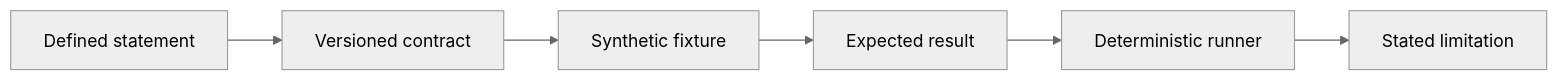
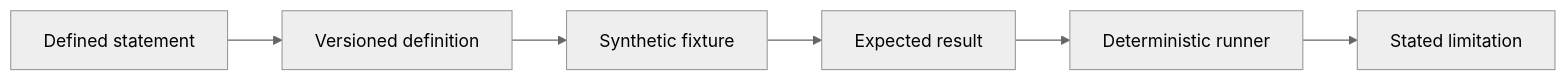
The diagram in research/evidence.mdx (heyrafiki/docs), drawn with Mermaid (neutral theme) before and after one commit. The commit also changed other lines of this file and 8 other files, not shown here.

````diff
--- a/research/evidence.mdx
+++ b/research/evidence.mdx
@@ -9,8 +9,8 @@
 ```mermaid
 flowchart LR
-    Statement["Defined statement"] --> Contract["Versioned contract"]
-    Contract --> Fixture["Synthetic fixture"]
+    Statement["Defined statement"] --> Definition["Versioned definition"]
+    Definition --> Fixture["Synthetic fixture"]
     Fixture --> Expected["Expected result"]
     Expected --> Runner["Deterministic runner"]
     Runner --> Limitation["Stated limitation"]
 ```
````
